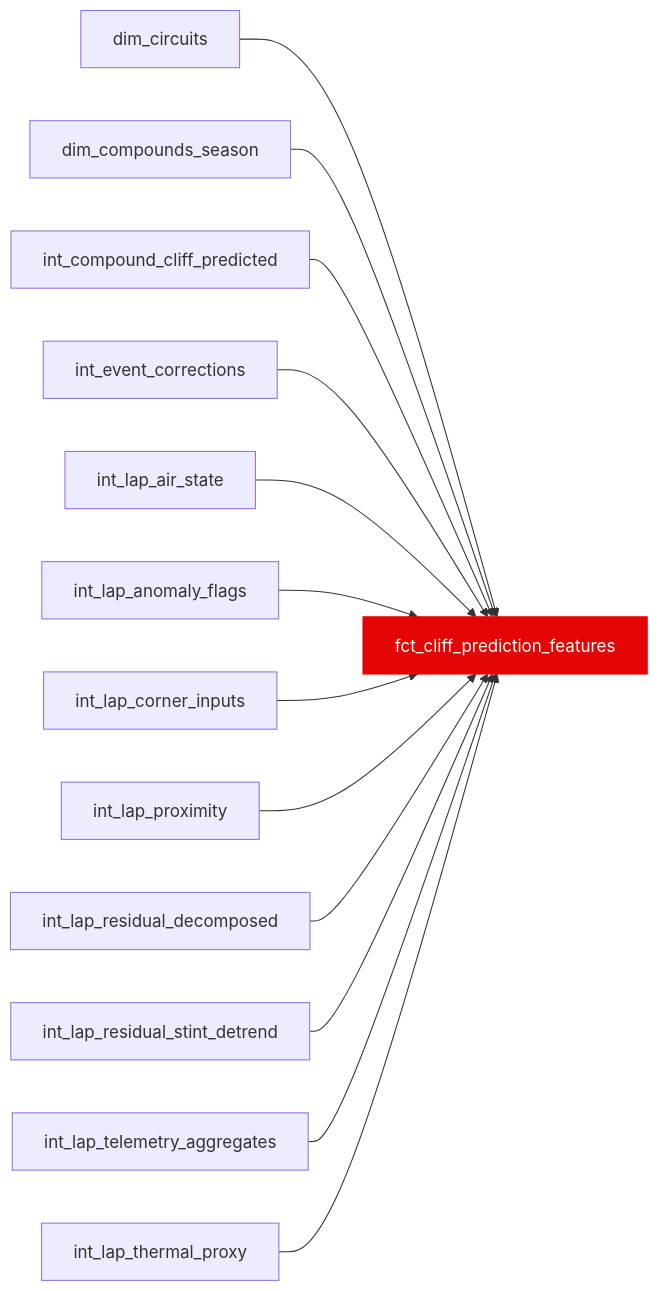
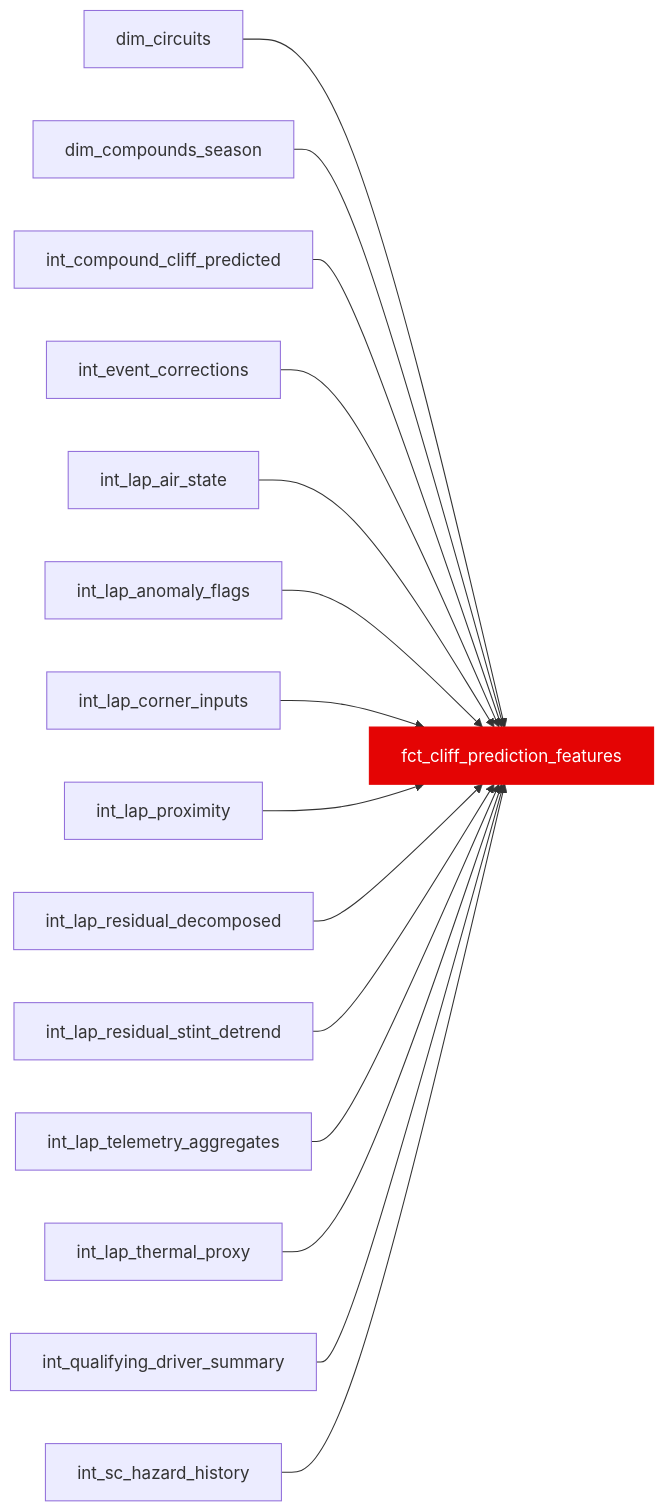
The diagram in docs/reference/models/fct/fct_cliff_prediction_features.mdx (JustinClarke/off-the-pace), drawn with Mermaid before and after one commit. The commit also changed other lines of this file and 45 other files, not shown here.

````diff
--- a/docs/reference/models/fct/fct_cliff_prediction_features.mdx
+++ b/docs/reference/models/fct/fct_cliff_prediction_features.mdx
@@ -19,16 +19,18 @@
 ```mermaid
 flowchart LR
   dim_circuits --> fct_cliff_prediction_features
   dim_compounds_season --> fct_cliff_prediction_features
   int_compound_cliff_predicted --> fct_cliff_prediction_features
   int_event_corrections --> fct_cliff_prediction_features
   int_lap_air_state --> fct_cliff_prediction_features
   int_lap_anomaly_flags --> fct_cliff_prediction_features
   int_lap_corner_inputs --> fct_cliff_prediction_features
   int_lap_proximity --> fct_cliff_prediction_features
   int_lap_residual_decomposed --> fct_cliff_prediction_features
   int_lap_residual_stint_detrend --> fct_cliff_prediction_features
   int_lap_telemetry_aggregates --> fct_cliff_prediction_features
   int_lap_thermal_proxy --> fct_cliff_prediction_features
+  int_qualifying_driver_summary --> fct_cliff_prediction_features
+  int_sc_hazard_history --> fct_cliff_prediction_features
   style fct_cliff_prediction_features fill:#e40404,stroke:#e40404,color:#fff
 ```
````
